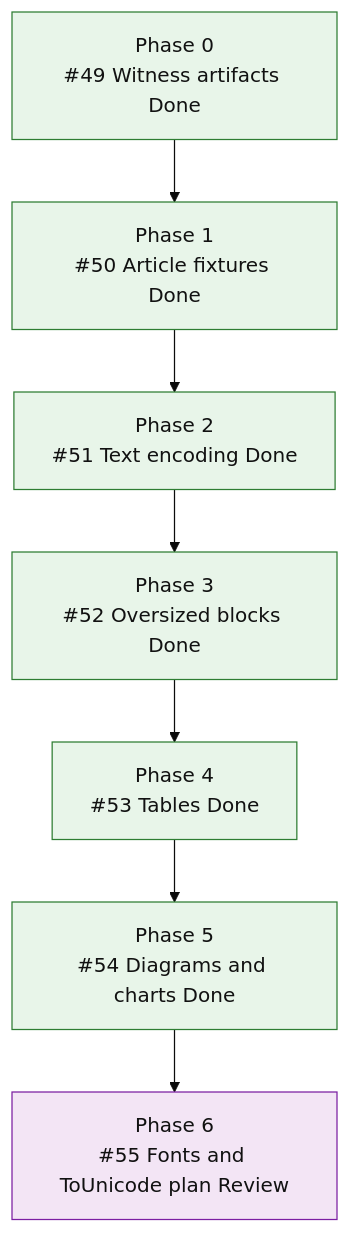
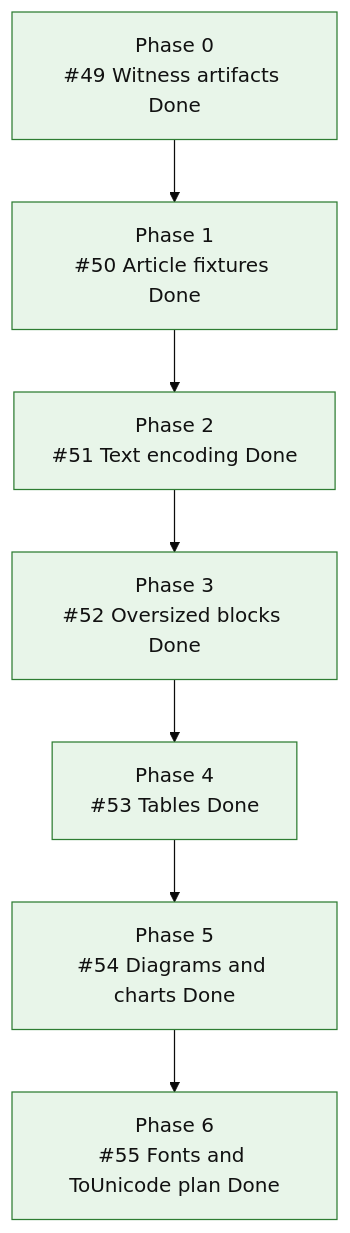
The second of 2 diagrams in README.md (mihaelamj/MarkdownPDF), drawn with Mermaid (base theme) before and after one commit.

Commit message:
docs(roadmap): complete font plan issue

````diff
--- a/README.md
+++ b/README.md
@@ -212,22 +212,22 @@
 ```mermaid
 flowchart TD
     F0["Phase 0<br/>#49 Witness artifacts Done"]
     F1["Phase 1<br/>#50 Article fixtures Done"]
     F2["Phase 2<br/>#51 Text encoding Done"]
     F3["Phase 3<br/>#52 Oversized blocks Done"]
     F4["Phase 4<br/>#53 Tables Done"]
     F5["Phase 5<br/>#54 Diagrams and charts Done"]
-    F6["Phase 6<br/>#55 Fonts and ToUnicode plan Review"]
+    F6["Phase 6<br/>#55 Fonts and ToUnicode plan Done"]
 
     F0 --> F1 --> F2 --> F3 --> F4 --> F5 --> F6
 
     classDef done fill:#e8f5e9,stroke:#2e7d32,color:#111;
     classDef active fill:#e3f2fd,stroke:#1565c0,color:#111;
     classDef review fill:#f3e5f5,stroke:#7b1fa2,color:#111;
     classDef next fill:#fff8e1,stroke:#f9a825,color:#111;
     classDef todo fill:#eef3ff,stroke:#3367d6,color:#111;
     class F0,F1 done;
     class F2 done;
     class F3,F4,F5 done;
-    class F6 review;
+    class F6 done;
 ```
````
